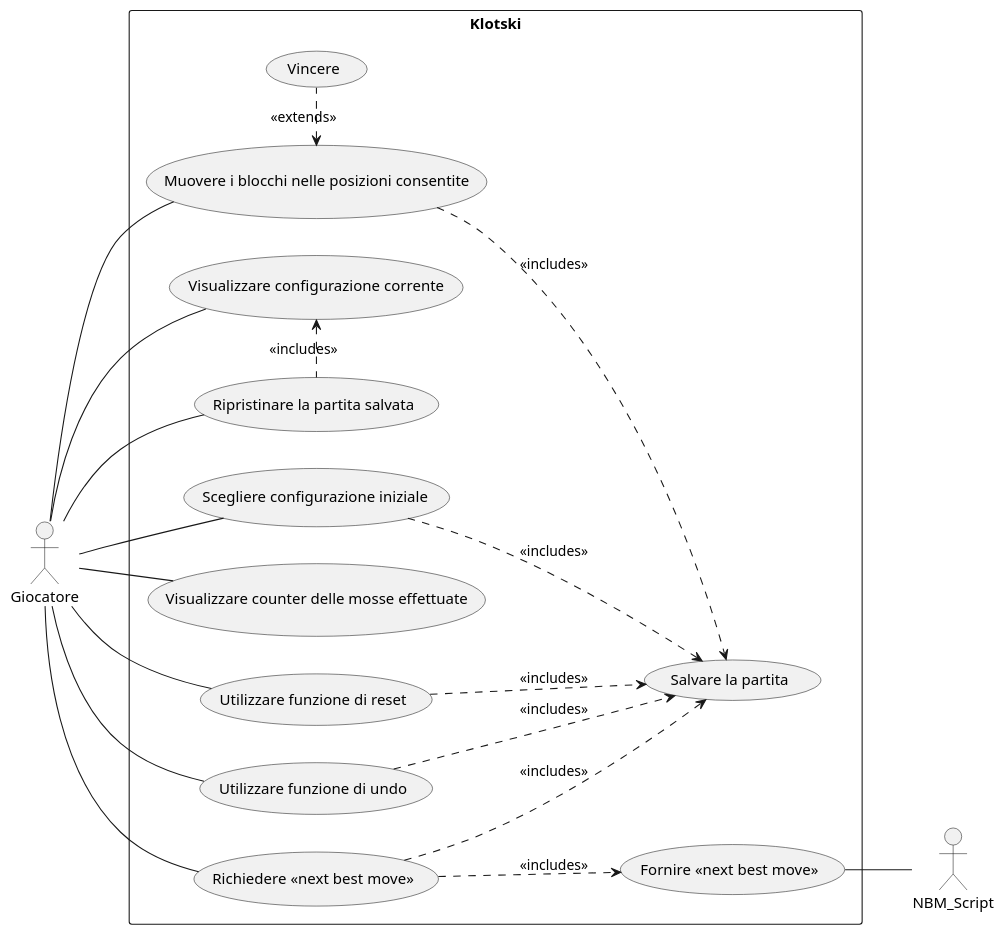
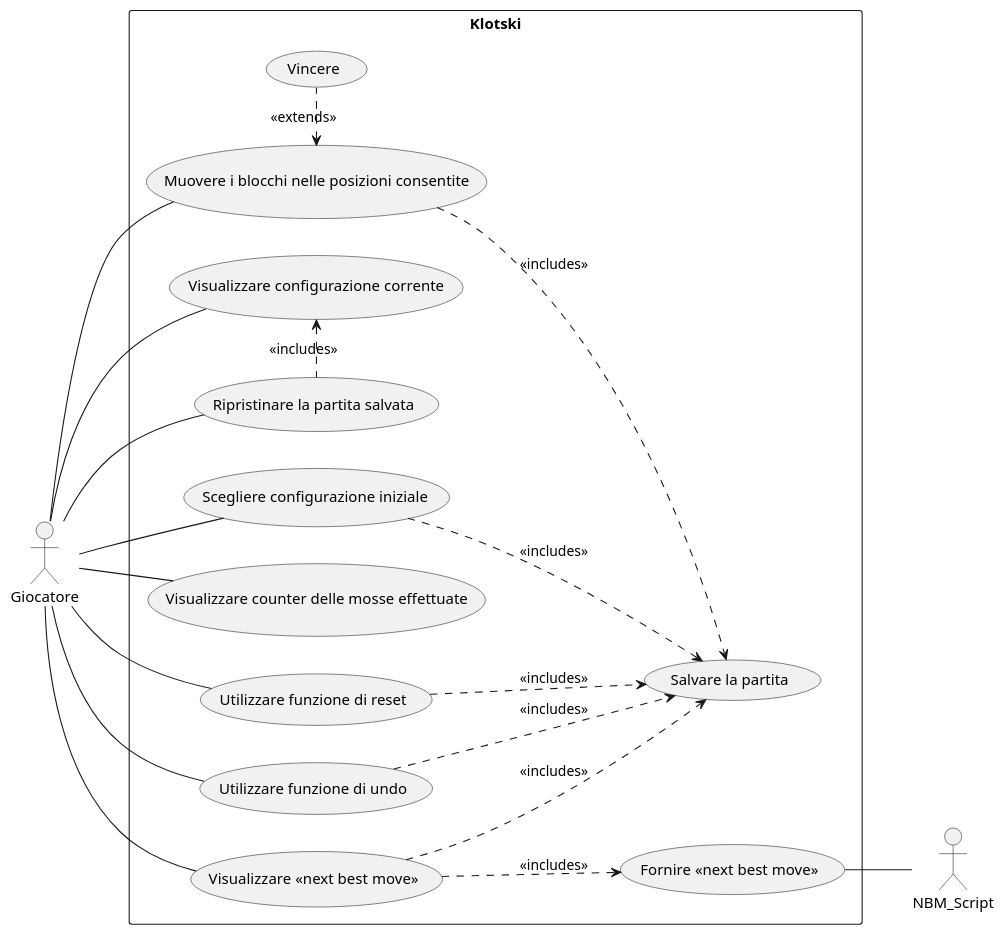
The diagram in resources/Use_Cases.md (bellins14/klotski_gruppo2), drawn with PlantUML before and after one commit. The commit also changed other lines of this file, not shown here.

````diff
--- a/resources/Use_Cases.md
+++ b/resources/Use_Cases.md
@@ -414,42 +414,42 @@
 ```plantuml
 @startuml
 
 left to right direction
 
 actor Giocatore
 actor NBM_Script
 
 rectangle "Klotski" {
   usecase "Visualizzare configurazione corrente" as current_conf
   usecase "Scegliere configurazione iniziale" as init_conf
   usecase "Visualizzare counter delle mosse effettuate" as counter
   usecase "Ripristinare la partita salvata" as restore
   usecase "Salvare la partita" as update_log
   usecase "Muovere i blocchi nelle posizioni consentite" as move
   usecase "Vincere" as win
   usecase "Utilizzare funzione di reset" as reset
   usecase "Utilizzare funzione di undo" as undo
   usecase "Fornire «next best move»" as make_nbm
-  usecase "Richiedere «next best move»" as nbm
+  usecase "Visualizzare «next best move»" as nbm
 }
 
 Giocatore -- current_conf
 Giocatore -- init_conf
 init_conf -down[dashed]-> update_log: "<<includes>>"
 Giocatore -- move
 move -[dashed]-> update_log: "<<includes>>"
 move <-[dashed]right- win: "<<extends>>"
 Giocatore -- counter
 Giocatore -- reset
 reset -[dashed]-> update_log: "<<includes>>"
 Giocatore -- undo
 undo -[dashed]-> update_log: "<<includes>>"
 Giocatore -- nbm
 Giocatore -- restore
 restore -left[dashed]-> current_conf: "<<includes>>"
 NBM_Script -up- make_nbm
 nbm -[dashed]-> make_nbm: "<<includes>>"
 nbm -[dashed]-> update_log: "<<includes>>"
 
 @enduml
 ```
````
